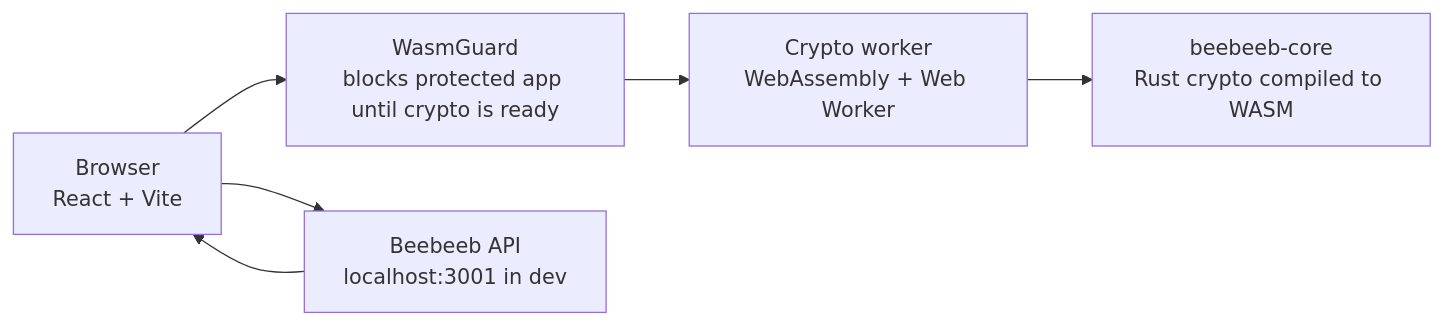
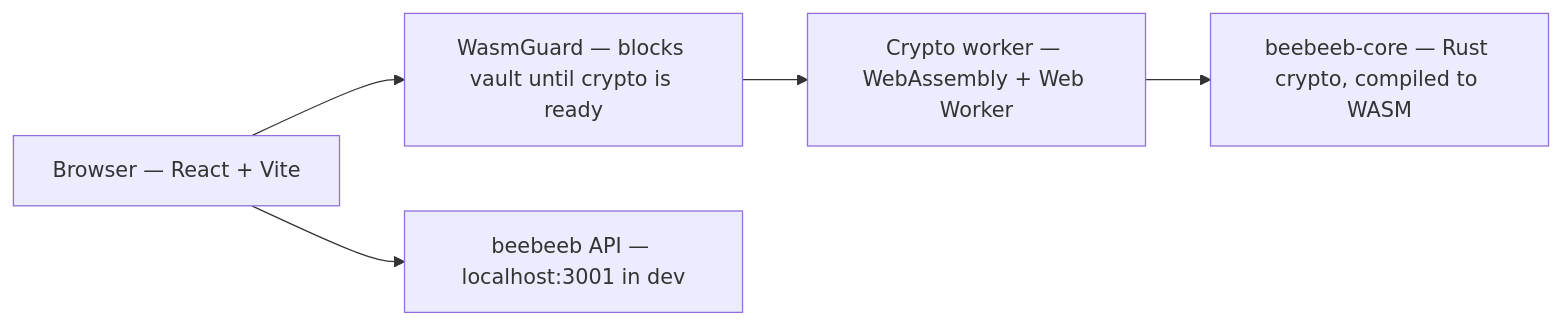
The diagram in README.md (beebeeb-io/web), drawn with Mermaid before and after one commit. The commit also changed other lines of this file and 1 other file, not shown here.

````diff
--- a/README.md
+++ b/README.md
@@ -32,14 +26,11 @@
 ```mermaid
 flowchart LR
-    Browser["Browser\nReact + Vite"]
-    Guard["WasmGuard\nblocks protected app until crypto is ready"]
-    Worker["Crypto worker\nWebAssembly + Web Worker"]
-    API["Beebeeb API\nlocalhost:3001 in dev"]
-    Core["beebeeb-core\nRust crypto compiled to WASM"]
+    Browser["Browser — React + Vite"]
+    Guard["WasmGuard — blocks vault until crypto is ready"]
+    Worker["Crypto worker — WebAssembly + Web Worker"]
+    Core["beebeeb-core — Rust crypto, compiled to WASM"]
+    API["beebeeb API — localhost:3001 in dev"]
 
-    Browser --> Guard
-    Guard --> Worker
-    Worker --> Core
+    Browser --> Guard --> Worker --> Core
     Browser --> API
-    API --> Browser
 ```
````
